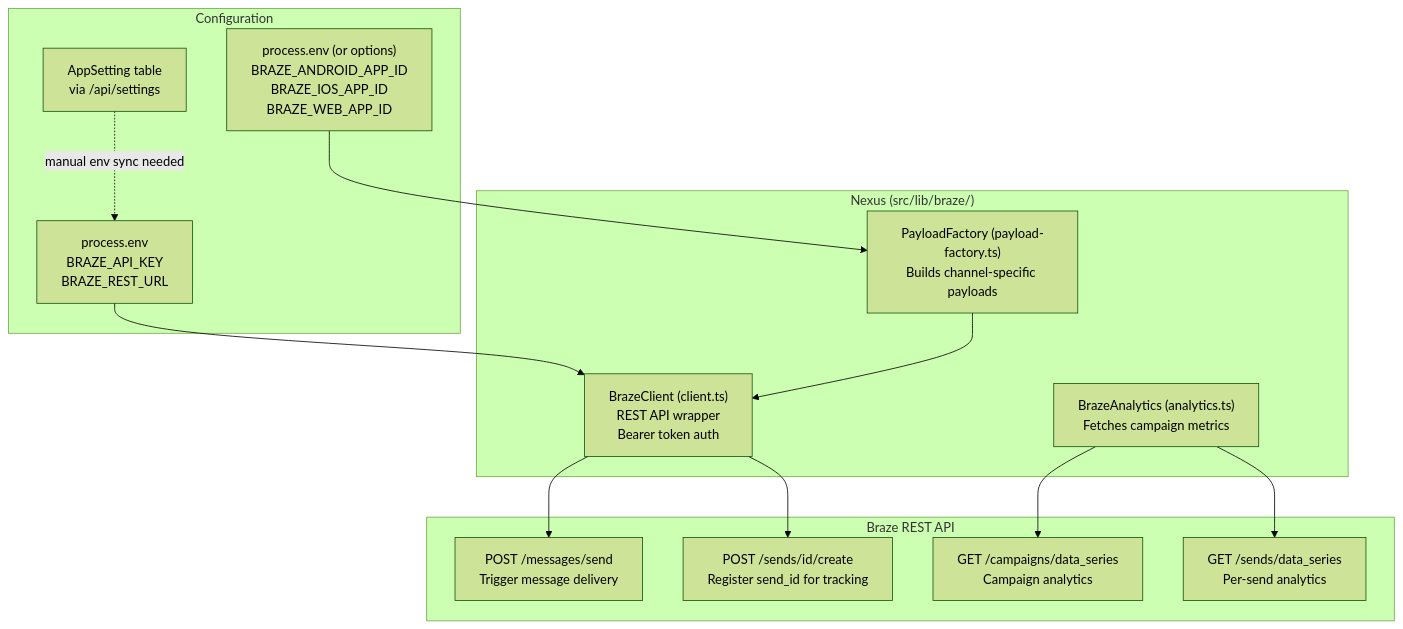
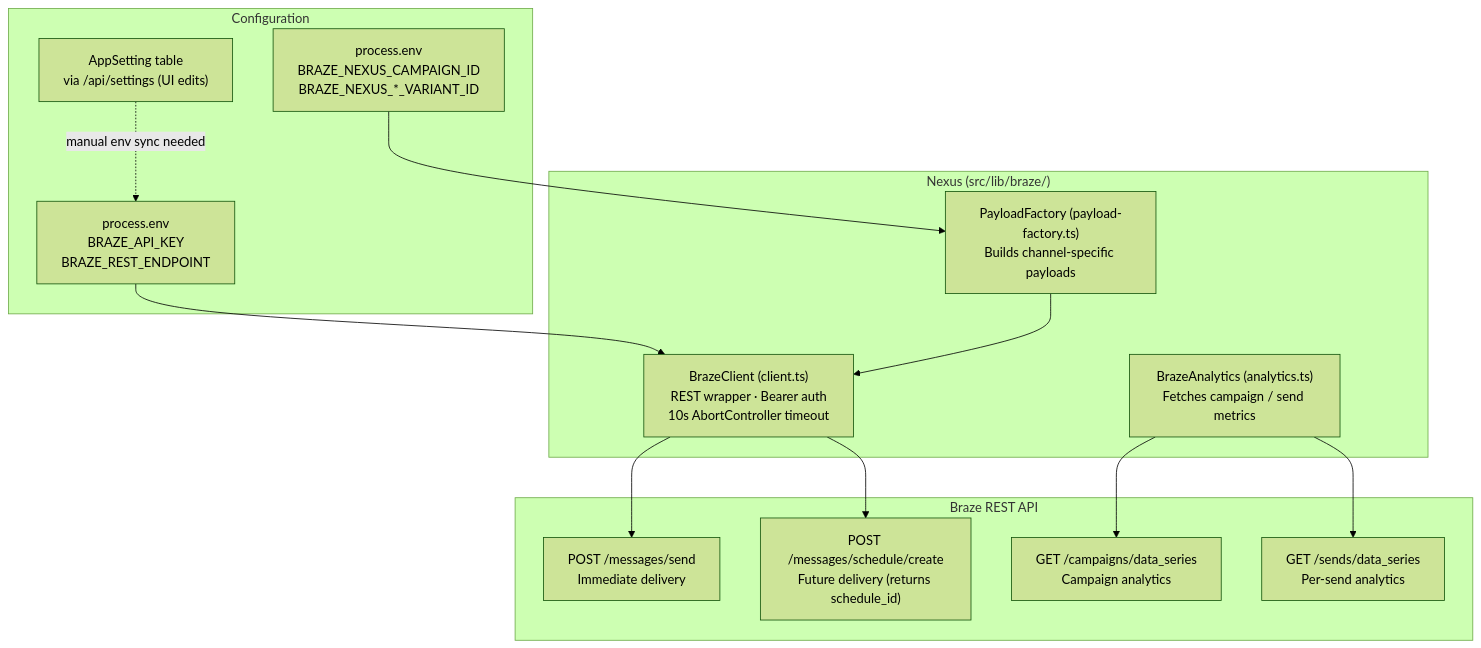
Before and after one commit to ender1311/nexusAi: the first of 3 diagrams in docs/braze-integration.md, drawn with Mermaid (forest theme). The commit also changed other lines of this file and 17 other files, not shown here.

First line of the commit message:
docs: refresh architecture docs to match current app

````diff
--- a/docs/braze-integration.md
+++ b/docs/braze-integration.md
@@ -7,30 +7,30 @@
 ```mermaid
 graph TB
     subgraph NEXUS["Nexus (src/lib/braze/)"]
-        BC["BrazeClient (client.ts)<br/>REST API wrapper<br/>Bearer token auth"]
+        BC["BrazeClient (client.ts)<br/>REST wrapper · Bearer auth<br/>10s AbortController timeout"]
         PF["PayloadFactory (payload-factory.ts)<br/>Builds channel-specific payloads"]
-        BA["BrazeAnalytics (analytics.ts)<br/>Fetches campaign metrics"]
+        BA["BrazeAnalytics (analytics.ts)<br/>Fetches campaign / send metrics"]
     end
 
     subgraph CONFIG["Configuration"]
-        ENV["process.env<br/>BRAZE_API_KEY<br/>BRAZE_REST_URL"]
-        APPSET["AppSetting table<br/>via /api/settings"]
-        ENVIDS["process.env (or options)<br/>BRAZE_ANDROID_APP_ID<br/>BRAZE_IOS_APP_ID<br/>BRAZE_WEB_APP_ID"]
+        ENV["process.env<br/>BRAZE_API_KEY<br/>BRAZE_REST_ENDPOINT"]
+        APPSET["AppSetting table<br/>via /api/settings (UI edits)"]
+        ENVIDS["process.env<br/>BRAZE_NEXUS_CAMPAIGN_ID<br/>BRAZE_NEXUS_*_VARIANT_ID"]
     end
 
     subgraph BRAZE_API["Braze REST API"]
-        SEND["POST /messages/send<br/>Trigger message delivery"]
+        SEND["POST /messages/send<br/>Immediate delivery"]
+        SCHED["POST /messages/schedule/create<br/>Future delivery (returns schedule_id)"]
         CAMP["GET /campaigns/data_series<br/>Campaign analytics"]
         SENDS["GET /sends/data_series<br/>Per-send analytics"]
-        SENDID["POST /sends/id/create<br/>Register send_id for tracking"]
     end
 
     ENV --> BC
     APPSET -.->|"manual env sync needed"| ENV
     ENVIDS --> PF
     BC --> SEND
-    BC --> SENDID
+    BC --> SCHED
     BA --> CAMP
     BA --> SENDS
     PF --> BC
 ```
````
